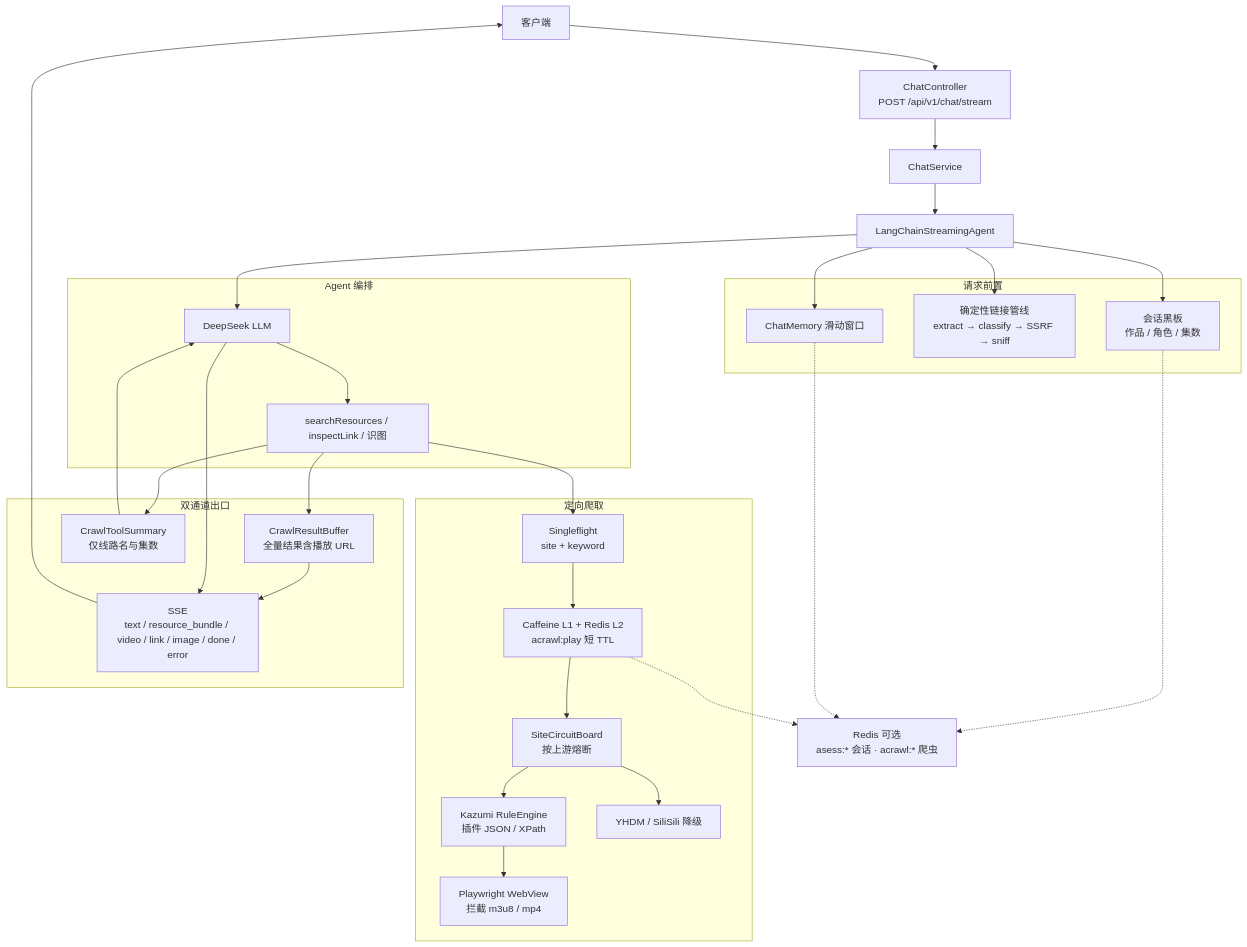
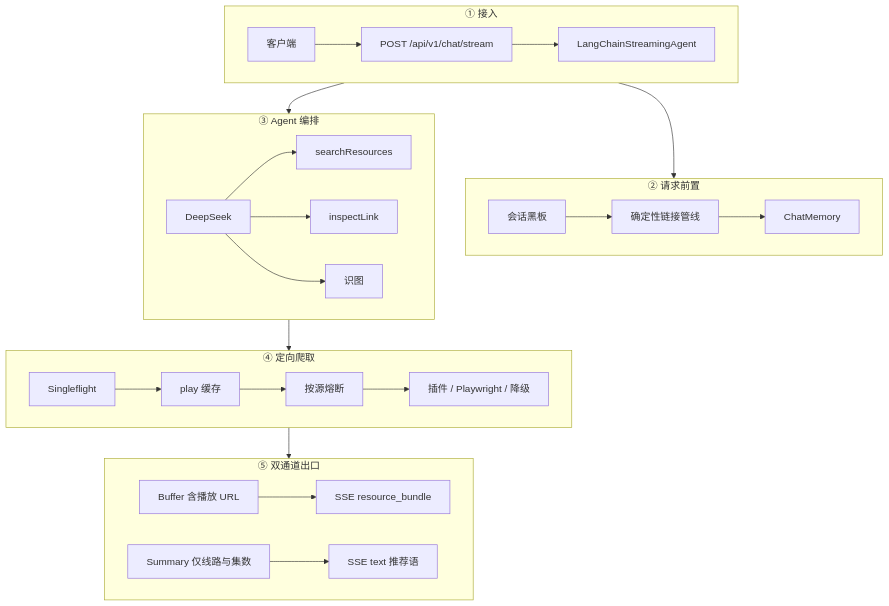
The first of 7 diagrams in README.md (Yinhaha2/DelaynomoreBackEnd), drawn with Mermaid before and after one commit. The commit also changed other lines of this file, not shown here.

First line of the commit message:
docs: compact README mermaid so GitHub renders full diagrams

````diff
--- a/README.md
+++ b/README.md
@@ -11,56 +11,35 @@
 ```mermaid
 flowchart TB
-  Client["客户端"]
-  API["ChatController<br/>POST /api/v1/chat/stream"]
-  Chat["ChatService"]
-  Agent["LangChainStreamingAgent"]
-
-  subgraph pre["请求前置"]
-    BB["会话黑板<br/>作品 / 角色 / 集数"]
-    Link["确定性链接管线<br/>extract → classify → SSRF → sniff"]
-    Mem["ChatMemory 滑动窗口"]
+  subgraph L1["① 接入"]
+    direction LR
+    U["客户端"] --> API["POST /api/v1/chat/stream"] --> AG["LangChainStreamingAgent"]
   end
 
-  subgraph orch["Agent 编排"]
-    DS["DeepSeek LLM"]
-    Tools["searchResources / inspectLink / 识图"]
+  subgraph L2["② 请求前置"]
+    direction LR
+    BB["会话黑板"] --> LK["确定性链接管线"] --> MEM["ChatMemory"]
   end
 
-  subgraph crawl["定向爬取"]
-    SF["Singleflight<br/>site + keyword"]
-    Cache["Caffeine L1 + Redis L2<br/>acrawl:play 短 TTL"]
-    Circuit["SiteCircuitBoard<br/>按上游熔断"]
-    Plugins["Kazumi RuleEngine<br/>插件 JSON / XPath"]
-    PW["Playwright WebView<br/>拦截 m3u8 / mp4"]
-    FB["YHDM / SiliSili 降级"]
+  subgraph L3["③ Agent 编排"]
+    direction LR
+    DS["DeepSeek"] --> SR["searchResources"]
+    DS --> IL["inspectLink"]
+    DS --> VS["识图"]
   end
 
-  subgraph out["双通道出口"]
-    Buf["CrawlResultBuffer<br/>全量结果含播放 URL"]
-    Summary["CrawlToolSummary<br/>仅线路名与集数"]
-    SSE["SSE<br/>text / resource_bundle / video / link / image / done / error"]
+  subgraph L4["④ 定向爬取"]
+    direction LR
+    SF["Singleflight"] --> CA["play 缓存"] --> CI["按源熔断"] --> EN["插件 / Playwright / 降级"]
   end
 
-  Redis["Redis 可选<br/>asess:* 会话  ·  acrawl:* 爬虫"]
+  subgraph L5["⑤ 双通道出口"]
+    direction LR
+    BUF["Buffer 含播放 URL"] --> CARD["SSE resource_bundle"]
+    SUM["Summary 仅线路与集数"] --> TXT["SSE text 推荐语"]
+  end
 
-  Client --> API --> Chat --> Agent
-  Agent --> BB
-  Agent --> Link
-  Agent --> Mem
-  Agent --> DS
-  DS --> Tools
-  Tools --> SF --> Cache
-  Cache --> Circuit
-  Circuit --> Plugins
-  Circuit --> FB
-  Plugins --> PW
-  Tools --> Buf
-  Tools --> Summary
-  Buf --> SSE
-  Summary --> DS
-  DS --> SSE
-  SSE --> Client
-  BB -.-> Redis
-  Mem -.-> Redis
-  Cache -.-> Redis
+  AG --> L2
+  AG --> L3
+  SR --> L4
+  EN --> L5
 ```
````
